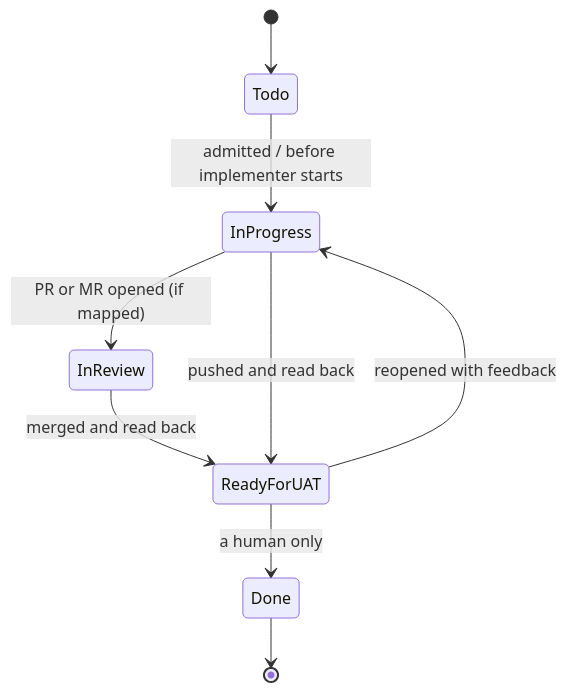
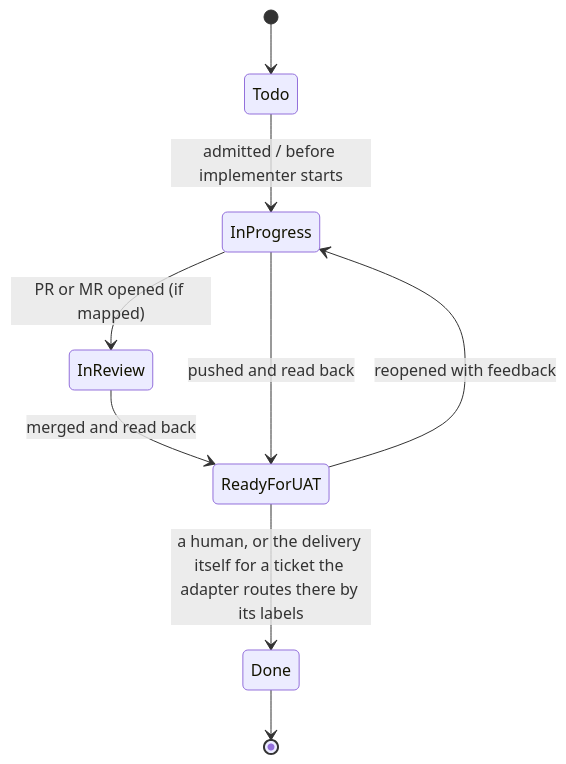
One commit to o-m-a-r-k/agentic-workflow changed the diagram in docs/delivery-and-tracker.md. Above: the diagram before and after it, drawn with Mermaid. The commit also changed other lines of this file and 15 other files, not shown here.

First line of the commit message:
feat: the adapter can route a step's status by the ticket's labels; nothing else sets Done (I-190)

````diff
--- a/docs/delivery-and-tracker.md
+++ b/docs/delivery-and-tracker.md
@@ -5,11 +5,11 @@
 ```mermaid
 stateDiagram-v2
   [*] --> Todo
   Todo --> InProgress: admitted / before implementer starts
   InProgress --> InReview: PR or MR opened (if mapped)
   InReview --> ReadyForUAT: merged and read back
   InProgress --> ReadyForUAT: pushed and read back
   ReadyForUAT --> InProgress: reopened with feedback
-  ReadyForUAT --> Done: a human only
+  ReadyForUAT --> Done: a human, or the delivery itself for a ticket the adapter routes there by its labels
   Done --> [*]
 ```
````
